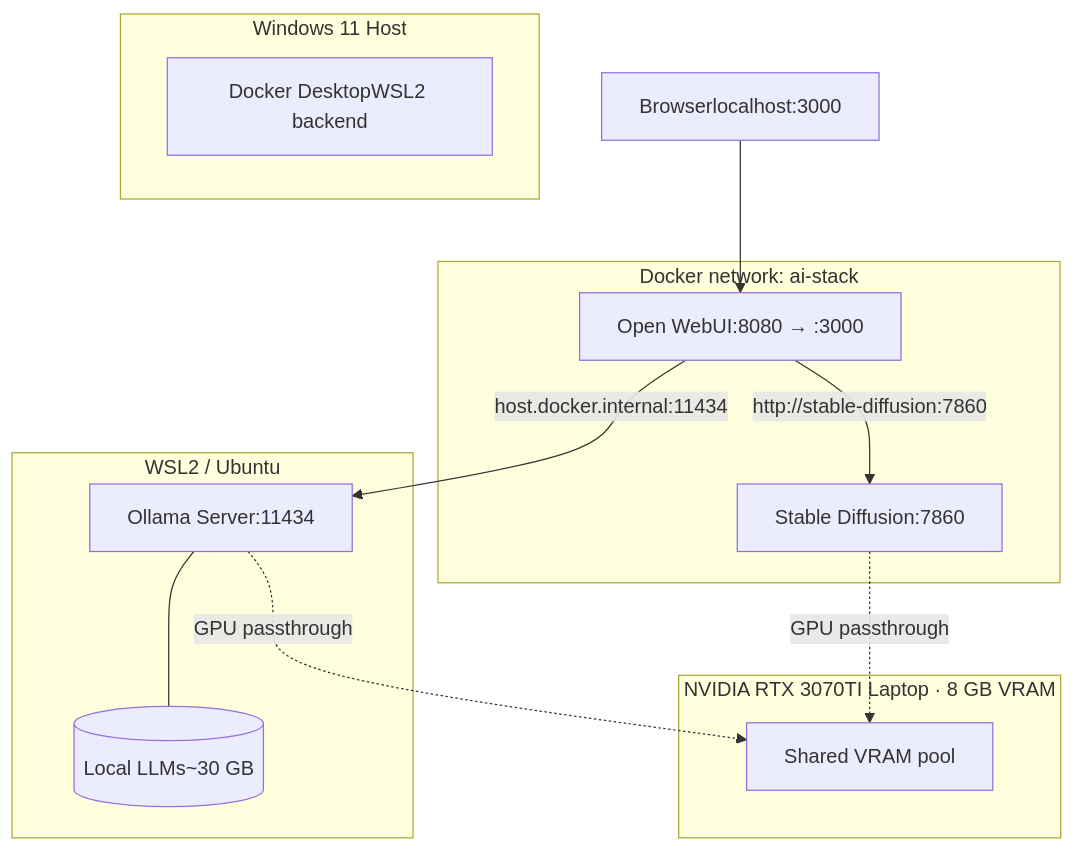
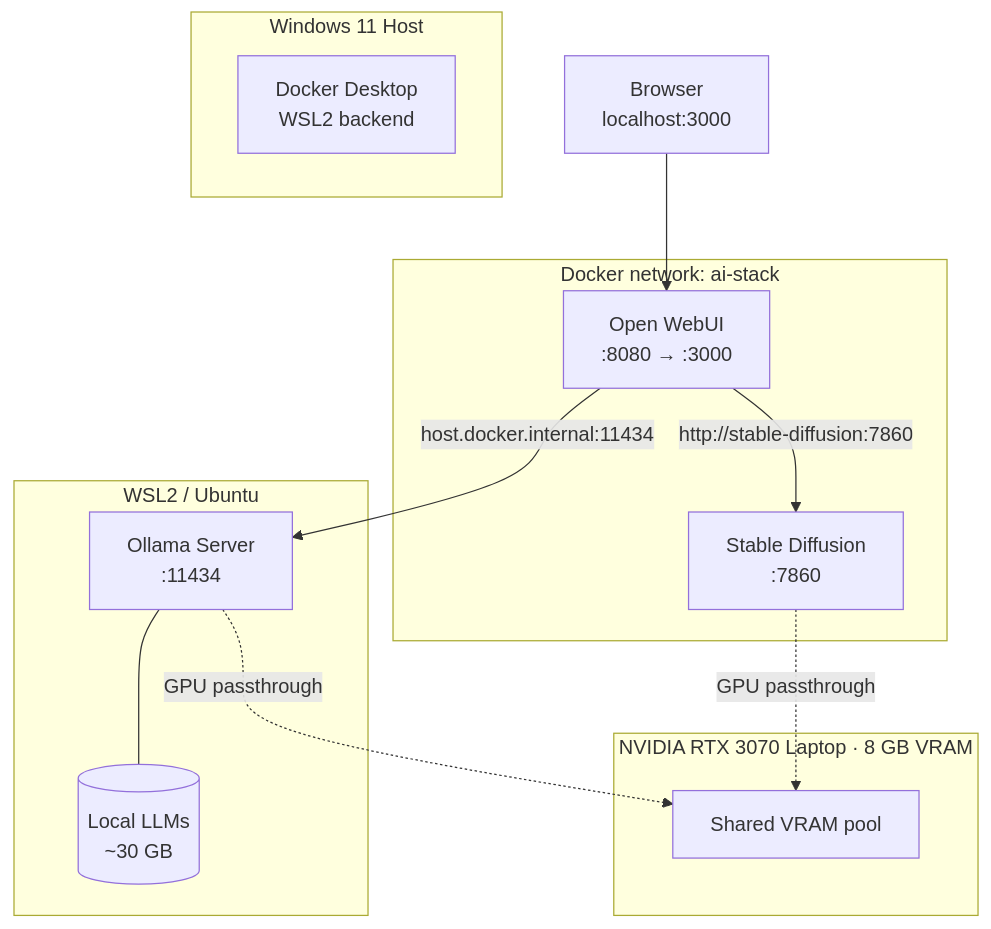
The diagram in README.md (HulkMeyer/Local-AI-Project), drawn with Mermaid before and after one commit. The commit also changed other lines of this file, not shown here.

````diff
--- a/README.md
+++ b/README.md
@@ -21,29 +21,29 @@
 ```mermaid
 graph TB
-    Browser[Browserlocalhost:3000]
+    Browser[Browser<br/>localhost:3000]
 
     subgraph Host["Windows 11 Host"]
-        Docker[Docker DesktopWSL2 backend]
+        Docker[Docker Desktop<br/>WSL2 backend]
     end
 
     subgraph WSL["WSL2 / Ubuntu"]
-        Ollama[Ollama Server:11434]
-        Models[(Local LLMs~30 GB)]
+        Ollama[Ollama Server<br/>:11434]
+        Models[(Local LLMs<br/>~30 GB)]
         Ollama --- Models
     end
 
     subgraph Net["Docker network: ai-stack"]
-        WebUI[Open WebUI:8080 → :3000]
-        SD[Stable Diffusion:7860]
+        WebUI[Open WebUI<br/>:8080 → :3000]
+        SD[Stable Diffusion<br/>:7860]
         WebUI -->|http://stable-diffusion:7860| SD
     end
 
-    subgraph GPU["NVIDIA RTX 3070TI Laptop · 8 GB VRAM"]
+    subgraph GPU["NVIDIA RTX 3070 Laptop · 8 GB VRAM"]
         VRAM[Shared VRAM pool]
     end
 
     Browser --> WebUI
     WebUI -->|host.docker.internal:11434| Ollama
     Ollama -.GPU passthrough.-> VRAM
     SD -.GPU passthrough.-> VRAM
 ```
````
